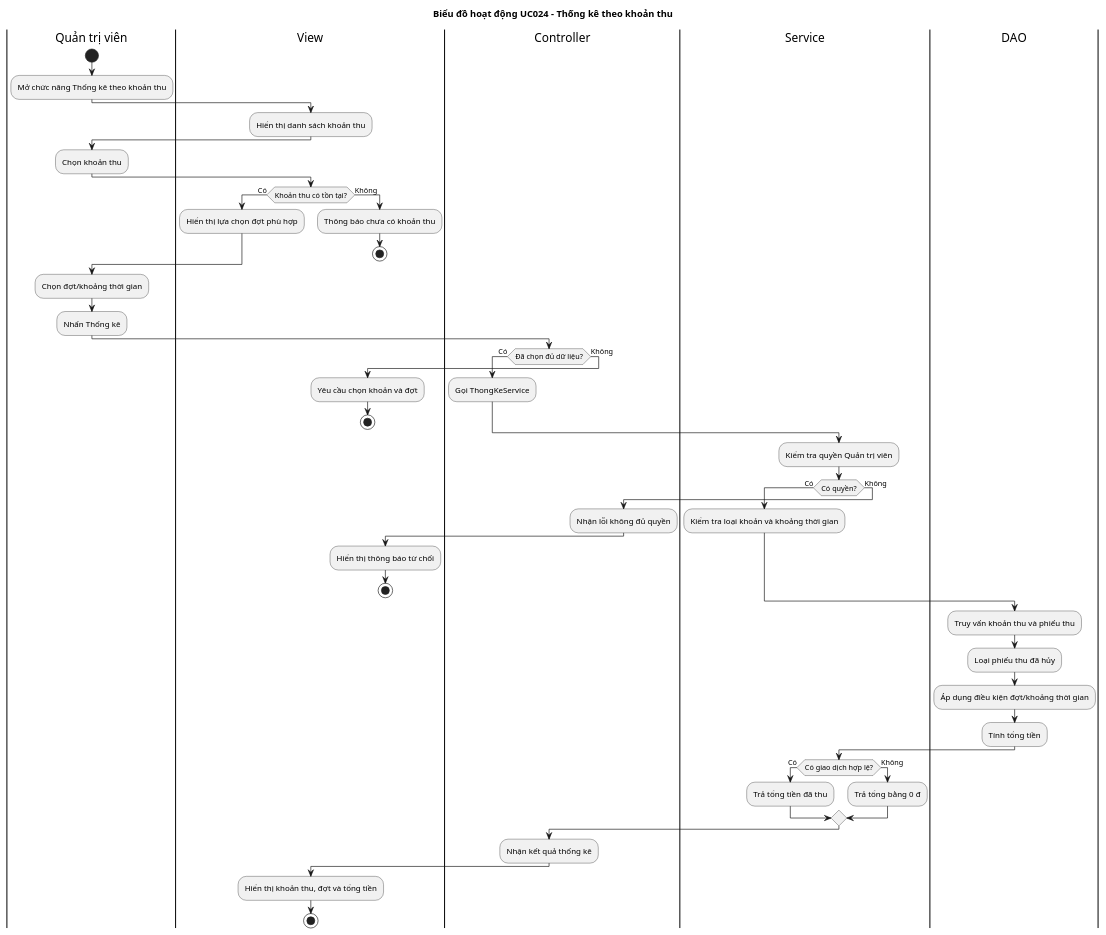
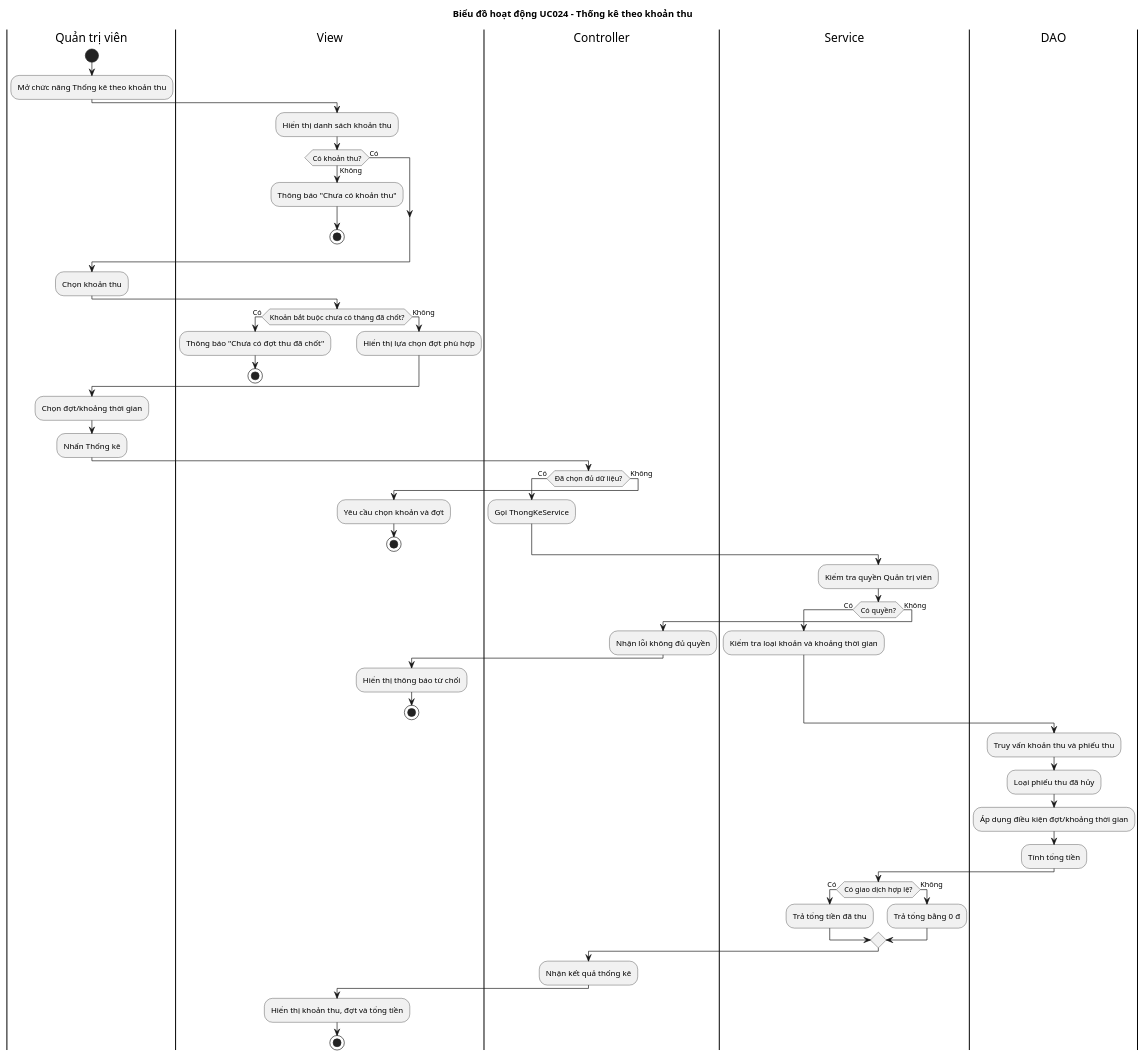
One commit to khanhdoan4106/IT3180-NMCNPM-GR16-20261 changed the diagram in docs/design/so-do/hoat-dong-uc024-thong-ke-khoan-thu.puml. Above: the diagram before and after it, drawn with PlantUML. The commit also changed 3 other files, not shown here.

```diff
--- a/docs/design/so-do/hoat-dong-uc024-thong-ke-khoan-thu.puml
+++ b/docs/design/so-do/hoat-dong-uc024-thong-ke-khoan-thu.puml
@@ -1,70 +1,75 @@
 @startuml
 ' Biểu đồ hoạt động UC024 – Thống kê theo khoản thu
 !pragma layout smetana
 skinparam shadowing false
 skinparam defaultFontName "Arial"
 title Biểu đồ hoạt động UC024 – Thống kê theo khoản thu
 
 |Quản trị viên|
 start
 :Mở chức năng Thống kê theo khoản thu;
 
 |View|
 :Hiển thị danh sách khoản thu;
+if (Có khoản thu?) then (Có)
+else (Không)
+  :Thông báo "Chưa có khoản thu";
+  stop
+endif
 
 |Quản trị viên|
 :Chọn khoản thu;
 
 |View|
-if (Khoản thu có tồn tại?) then (Có)
+if (Khoản bắt buộc chưa có tháng đã chốt?) then (Có)
+  :Thông báo "Chưa có đợt thu đã chốt";
+  stop
+else (Không)
   :Hiển thị lựa chọn đợt phù hợp;
-else (Không)
-  :Thông báo chưa có khoản thu;
-  stop
 endif
 
 |Quản trị viên|
 :Chọn đợt/khoảng thời gian;
 :Nhấn Thống kê;
 
 |Controller|
 if (Đã chọn đủ dữ liệu?) then (Có)
   :Gọi ThongKeService;
 else (Không)
   |View|
   :Yêu cầu chọn khoản và đợt;
   stop
 endif
 
 |Service|
 :Kiểm tra quyền Quản trị viên;
 if (Có quyền?) then (Có)
   :Kiểm tra loại khoản và khoảng thời gian;
 else (Không)
   |Controller|
   :Nhận lỗi không đủ quyền;
   |View|
   :Hiển thị thông báo từ chối;
   stop
 endif
 
 |DAO|
 :Truy vấn khoản thu và phiếu thu;
 :Loại phiếu thu đã hủy;
 :Áp dụng điều kiện đợt/khoảng thời gian;
 :Tính tổng tiền;
 
 |Service|
 if (Có giao dịch hợp lệ?) then (Có)
   :Trả tổng tiền đã thu;
 else (Không)
   :Trả tổng bằng 0 đ;
 endif
 
 |Controller|
 :Nhận kết quả thống kê;
 
 |View|
 :Hiển thị khoản thu, đợt và tổng tiền;
 stop
 @enduml
```
